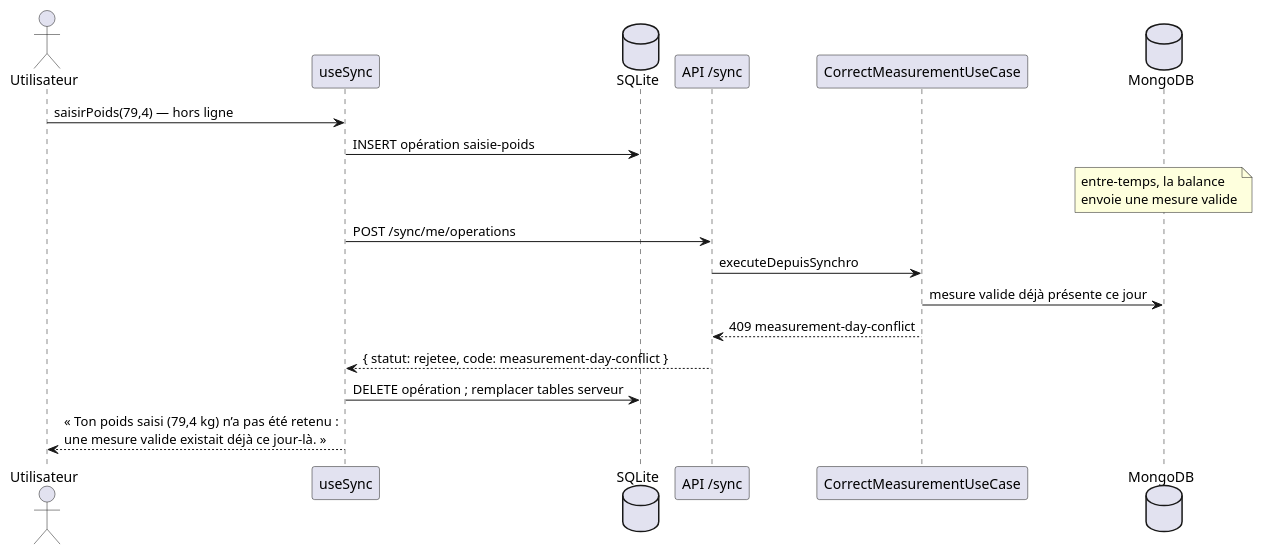
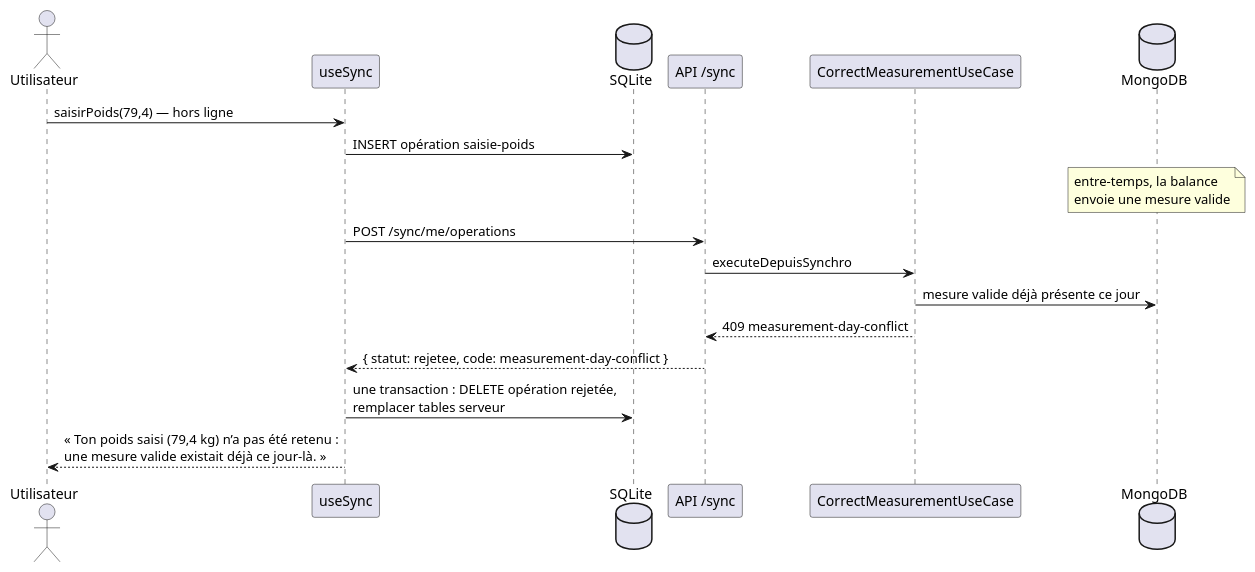
One commit to hachwilliam89-spec/Equilibre-HACH-Kim changed the fourth of 4 diagrams in docs/synchronisation.md. Above: the diagram before and after it, drawn with PlantUML. The commit also changed other lines of this file and 6 other files, not shown here.

First line of the commit message:
docs(sync): diagrammes alignes sur la transaction et le rejeu apres retrait (FR403-767)

````diff
--- a/docs/synchronisation.md
+++ b/docs/synchronisation.md
@@ -243,21 +243,21 @@
 ```plantuml
 @startuml
 actor Utilisateur
 participant "useSync" as Sync
 database "SQLite" as DB
 participant "API /sync" as API
 participant "CorrectMeasurementUseCase" as UC
 database MongoDB
 
 Utilisateur -> Sync : saisirPoids(79,4) — hors ligne
 Sync -> DB : INSERT opération saisie-poids
 note over MongoDB : entre-temps, la balance\nenvoie une mesure valide
 Sync -> API : POST /sync/me/operations
 API -> UC : executeDepuisSynchro
 UC -> MongoDB : mesure valide déjà présente ce jour
 UC --> API : 409 measurement-day-conflict
 API --> Sync : { statut: rejetee, code: measurement-day-conflict }
-Sync -> DB : DELETE opération ; remplacer tables serveur
+Sync -> DB : une transaction : DELETE opération rejetée,\nremplacer tables serveur
 Sync --> Utilisateur : « Ton poids saisi (79,4 kg) n’a pas été retenu :\nune mesure valide existait déjà ce jour-là. »
 @enduml
 ```
````
